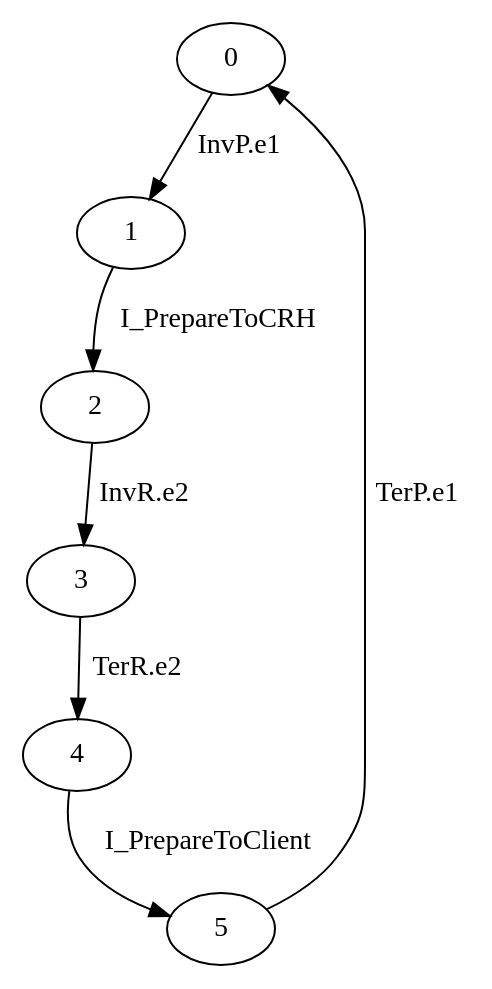
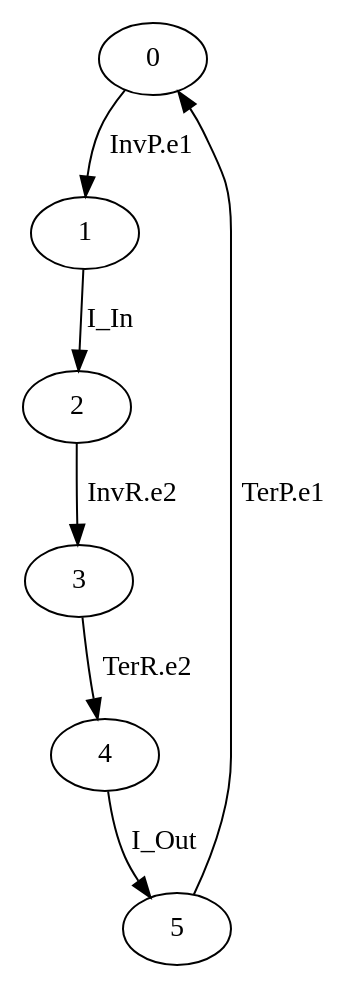
One commit to gfads/midarch changed the diagram in src/gmidarch/development/repositories/dot/Requestorwithmarshaller.dot. Above: the diagram before and after it, drawn with Graphviz. The commit also changed 34 other files, not shown here.

```diff
--- a/src/gmidarch/development/repositories/dot/Requestorwithmarshaller.dot
+++ b/src/gmidarch/development/repositories/dot/Requestorwithmarshaller.dot
@@ -1,8 +1,8 @@
 digraph G {
   0 -> 1 [ label="InvP.e1" ];
-  1 -> 2 [ label="I_PrepareToCRH" ];
+  1 -> 2 [ label="I_In" ];
   2 -> 3 [ label="InvR.e2" ];
   3 -> 4 [ label="TerR.e2" ];
-  4 -> 5 [ label="I_PrepareToClient" ];
+  4 -> 5 [ label="I_Out" ];
   5 -> 0 [ label="TerP.e1" ];
 }
```
